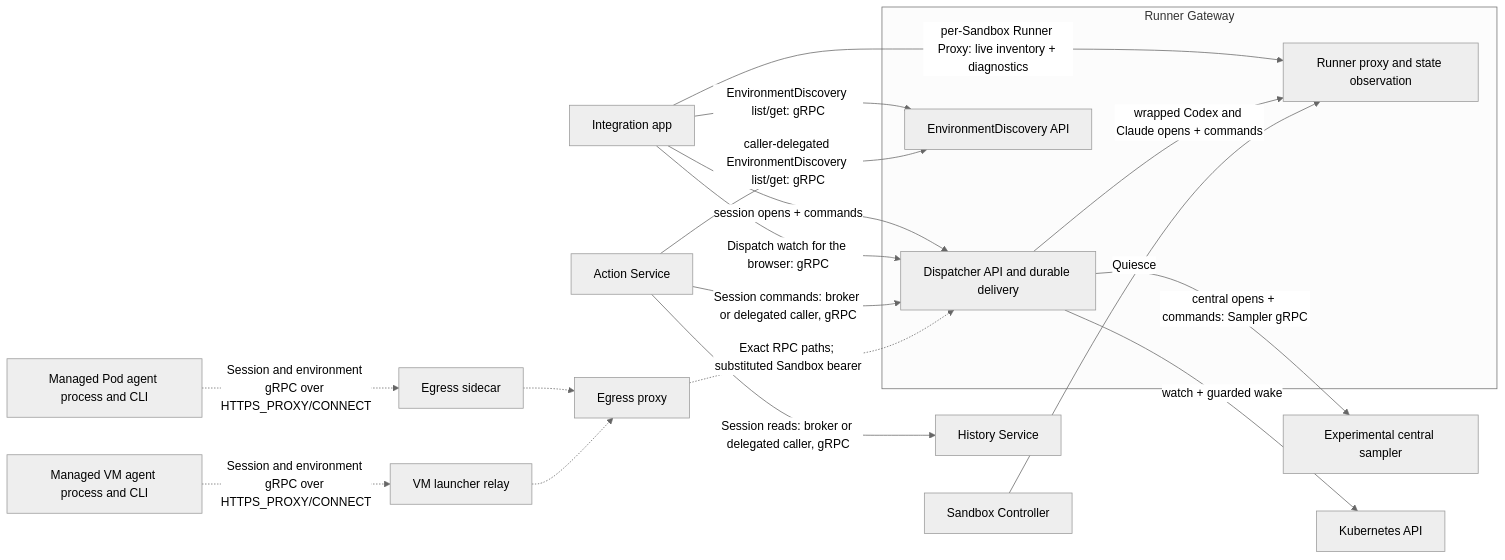
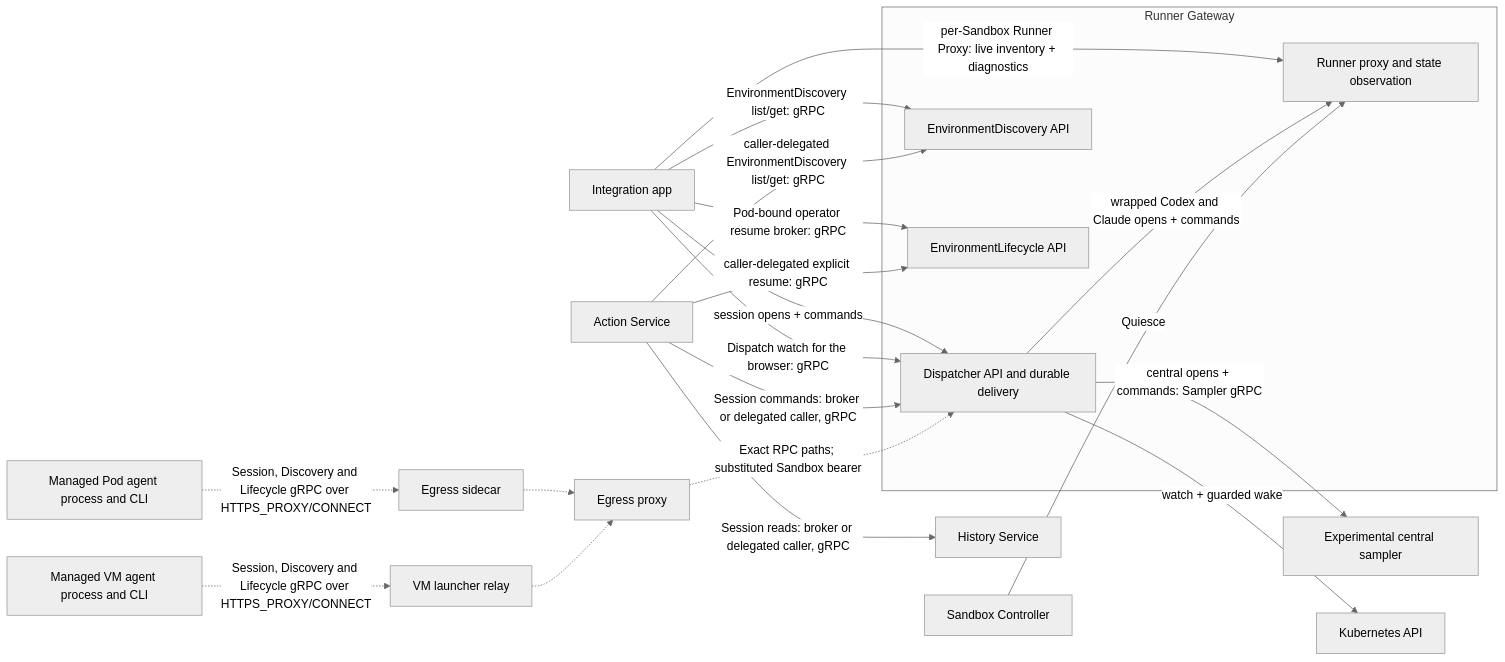
The first of 9 diagrams in agentplane/docs/system_overview.md (agentydragon/ducktape), drawn with Mermaid (neutral theme) before and after one commit. The commit also changed other lines of this file and 42 other files, not shown here.

Commit message:
Add explicit resume client surfaces

````diff
--- a/agentplane/docs/system_overview.md
+++ b/agentplane/docs/system_overview.md
@@ -14,35 +14,38 @@
 ```mermaid
 flowchart LR
     app[Integration app]
     actions[Action Service]
     history[History Service]
     subgraph unified[Runner Gateway]
         dispatcher[Dispatcher API and durable delivery]
         discovery[EnvironmentDiscovery API]
+        lifecycle[EnvironmentLifecycle API]
         gateway[Runner proxy and state observation]
     end
     pod[Managed Pod agent process and CLI]
     sidecar[Egress sidecar]
     guest[Managed VM agent process and CLI]
     relay[VM launcher relay]
     egress[Egress proxy]
     central[Experimental central sampler]
     sandboxctl[Sandbox Controller]
     k8s[Kubernetes API]
     app -->|session opens + commands| dispatcher
     app -->|Dispatch watch for the browser: gRPC| dispatcher
     app -->|EnvironmentDiscovery list/get: gRPC| discovery
+    app -->|Pod-bound operator resume broker: gRPC| lifecycle
     actions -->|caller-delegated EnvironmentDiscovery list/get: gRPC| discovery
+    actions -->|caller-delegated explicit resume: gRPC| lifecycle
     actions -->|Session commands: broker or delegated caller, gRPC| dispatcher
     actions -->|Session reads: broker or delegated caller, gRPC| history
     app -->|per-Sandbox Runner Proxy: live inventory + diagnostics| gateway
     dispatcher -->|wrapped Codex and Claude opens + commands| gateway
     dispatcher -->|central opens + commands: Sampler gRPC| central
     sandboxctl -->|Quiesce| gateway
     dispatcher -->|watch + guarded wake| k8s
-    pod -.->|Session and environment gRPC over HTTPS_PROXY/CONNECT| sidecar
-    guest -.->|Session and environment gRPC over HTTPS_PROXY/CONNECT| relay
+    pod -.->|Session, Discovery and Lifecycle gRPC over HTTPS_PROXY/CONNECT| sidecar
+    guest -.->|Session, Discovery and Lifecycle gRPC over HTTPS_PROXY/CONNECT| relay
     sidecar -.-> egress
     relay -.-> egress
     egress -.->|Exact RPC paths; substituted Sandbox bearer| dispatcher
 ```
````
